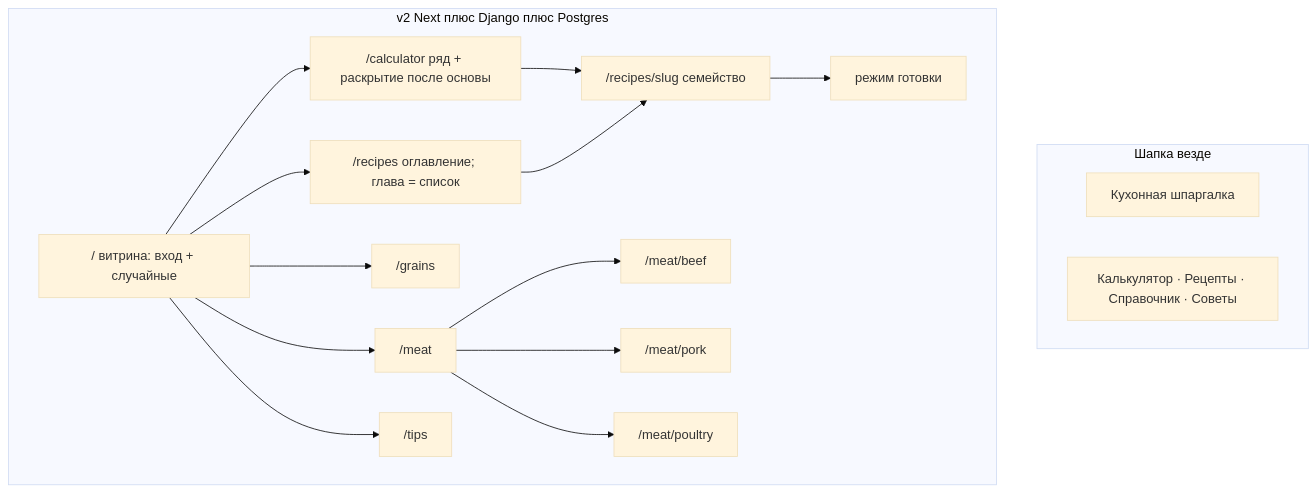
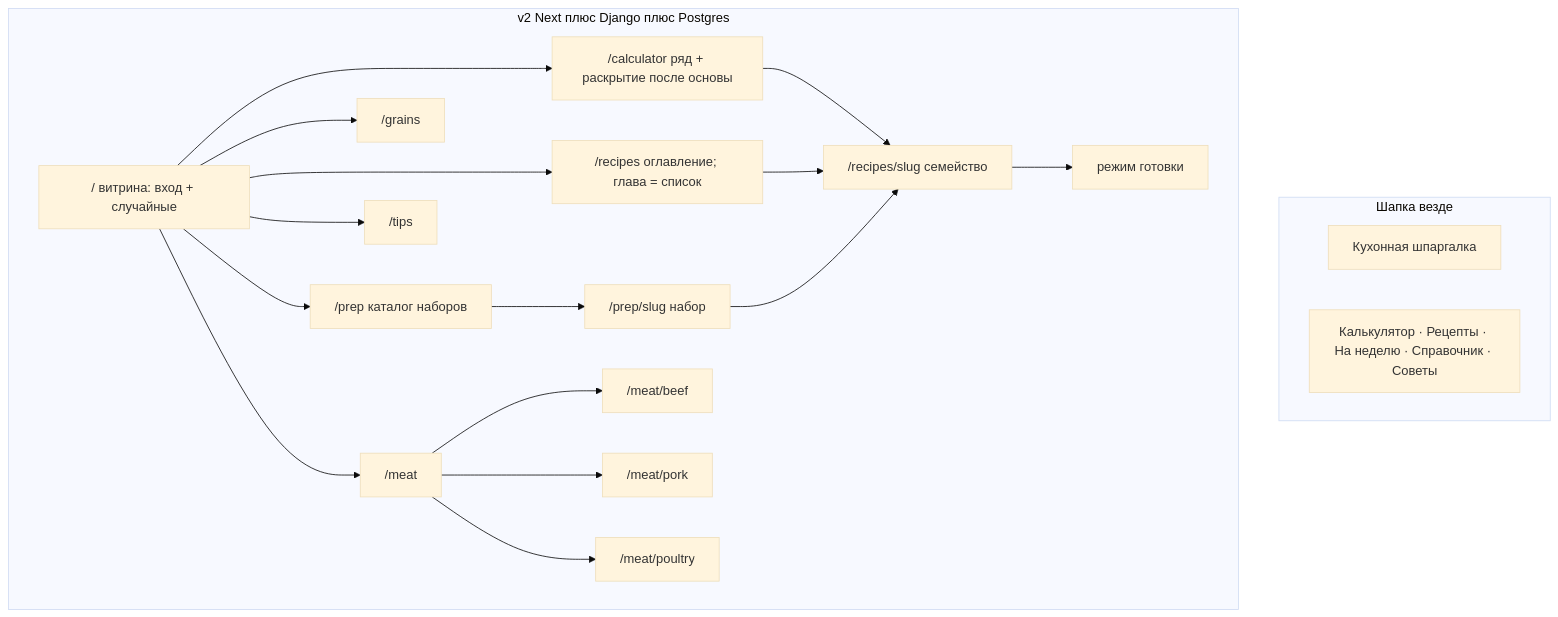
One commit to AterDeus/sol-chef changed the diagram in v2/docs/UX-PROPOSAL.md. Above: the diagram before and after it, drawn with Mermaid (base theme). The commit also changed other lines of this file and 374 other files, not shown here.

````diff
--- a/v2/docs/UX-PROPOSAL.md
+++ b/v2/docs/UX-PROPOSAL.md
@@ -78,31 +78,36 @@
 ```mermaid
 flowchart TB
   subgraph chrome [Шапка везде]
     Brand["Кухонная шпаргалка"]
-    Nav["Калькулятор · Рецепты · Справочник · Советы"]
+    Nav["Калькулятор · Рецепты · На неделю · Справочник · Советы"]
   end
   subgraph v2 [v2 Next плюс Django плюс Postgres]
     Home["/ витрина: вход + случайные"]
     Calc["/calculator ряд + раскрытие после основы"]
     Grains["/grains"]
     MeatHub["/meat"]
     Beef["/meat/beef"]
     Pork["/meat/pork"]
     Poultry["/meat/poultry"]
     Tips["/tips"]
     Recipes["/recipes оглавление; глава = список"]
     Recipe["/recipes/slug семейство"]
+    Prep["/prep каталог наборов"]
+    PrepKit["/prep/slug набор"]
     Cook["режим готовки"]
   end
   Home --> Calc
   Home --> Recipes
+  Home --> Prep
   Home --> Grains
   Home --> MeatHub
   Home --> Tips
   Calc --> Recipe
   Recipes --> Recipe
+  Prep --> PrepKit
+  PrepKit --> Recipe
   MeatHub --> Beef
   MeatHub --> Pork
   MeatHub --> Poultry
   Recipe --> Cook
 ```
````
